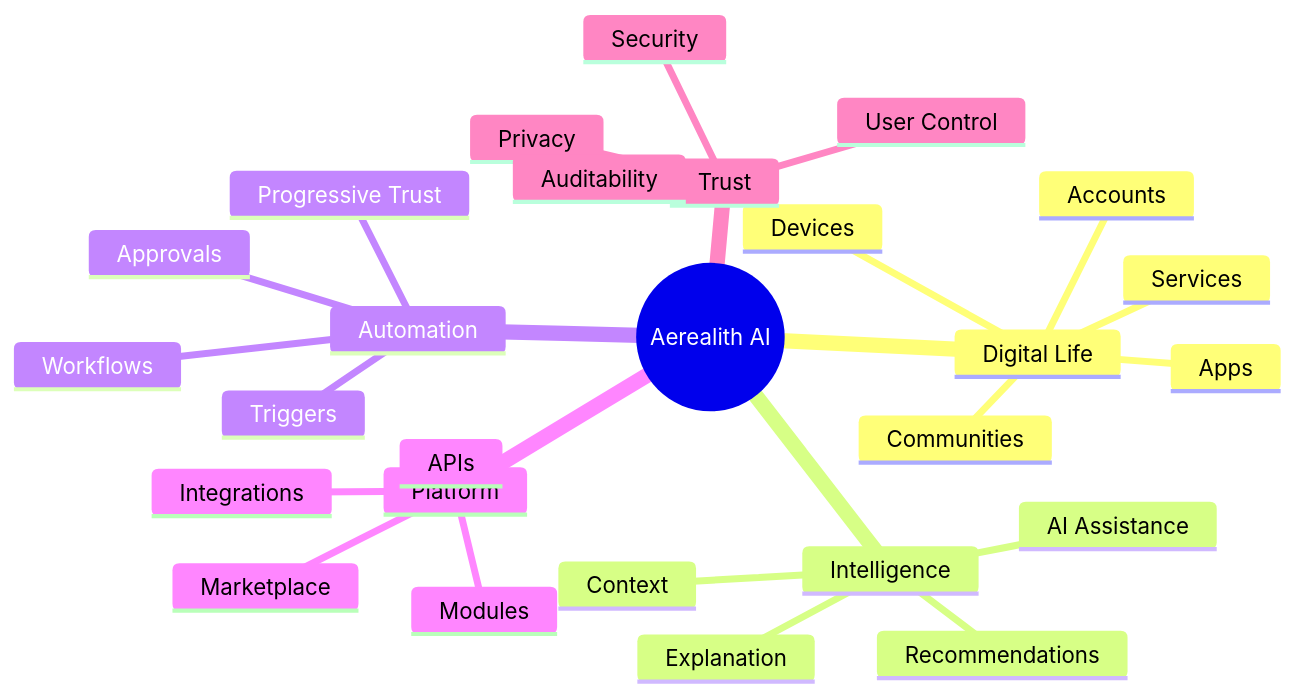
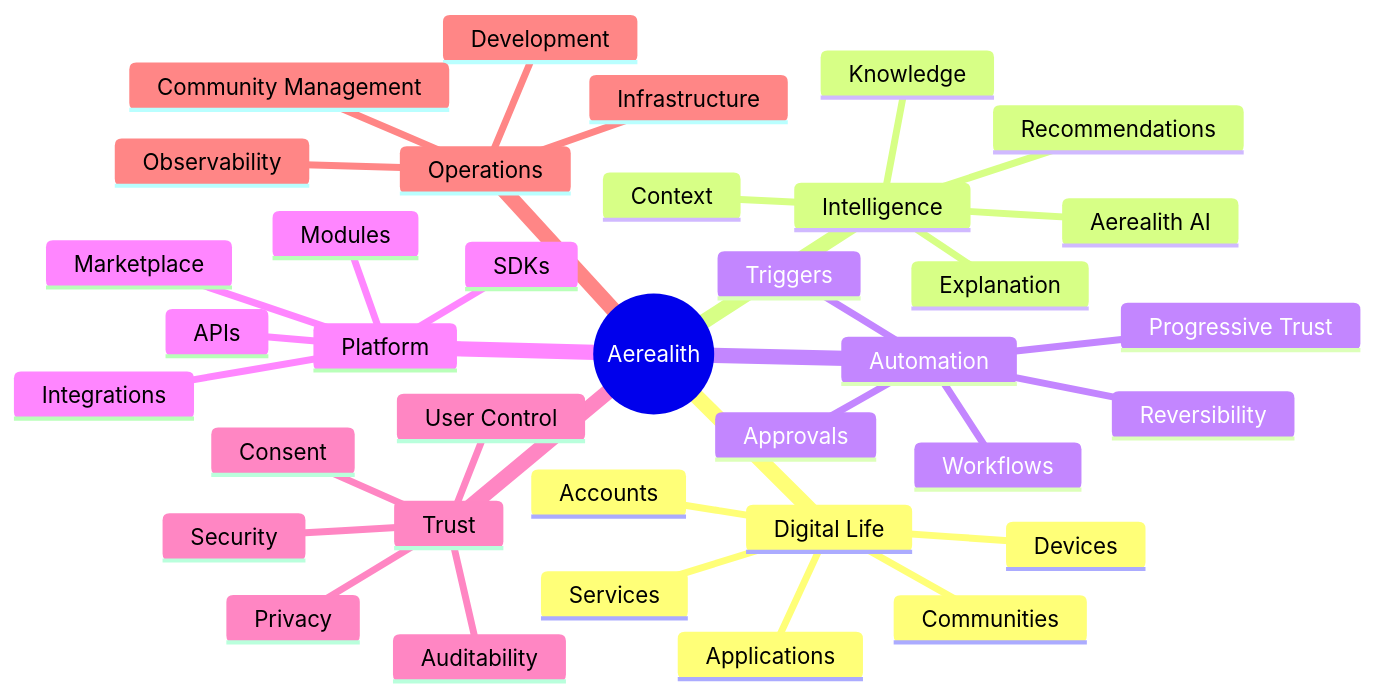
One commit to SinLess-Games/Aerealith changed the third of 3 diagrams in docs/vision/Positioning.md. Above: the diagram before and after it, drawn with Mermaid. The commit also changed other lines of this file and 1352 other files, not shown here.

````diff
--- a/docs/vision/Positioning.md
+++ b/docs/vision/Positioning.md
@@ -503,30 +889,39 @@
 ```mermaid
 mindmap
-  root((Aerealith AI))
+  root((Aerealith))
     Digital Life
-      Apps
+      Applications
       Devices
       Accounts
       Services
       Communities
     Intelligence
-      AI Assistance
+      Aerealith AI
       Context
       Explanation
       Recommendations
+      Knowledge
     Automation
       Workflows
       Triggers
       Approvals
       Progressive Trust
+      Reversibility
     Platform
       APIs
       Modules
       Integrations
       Marketplace
+      SDKs
     Trust
       Security
       Privacy
       User Control
       Auditability
+      Consent
+    Operations
+      Observability
+      Infrastructure
+      Development
+      Community Management
 ```
````
